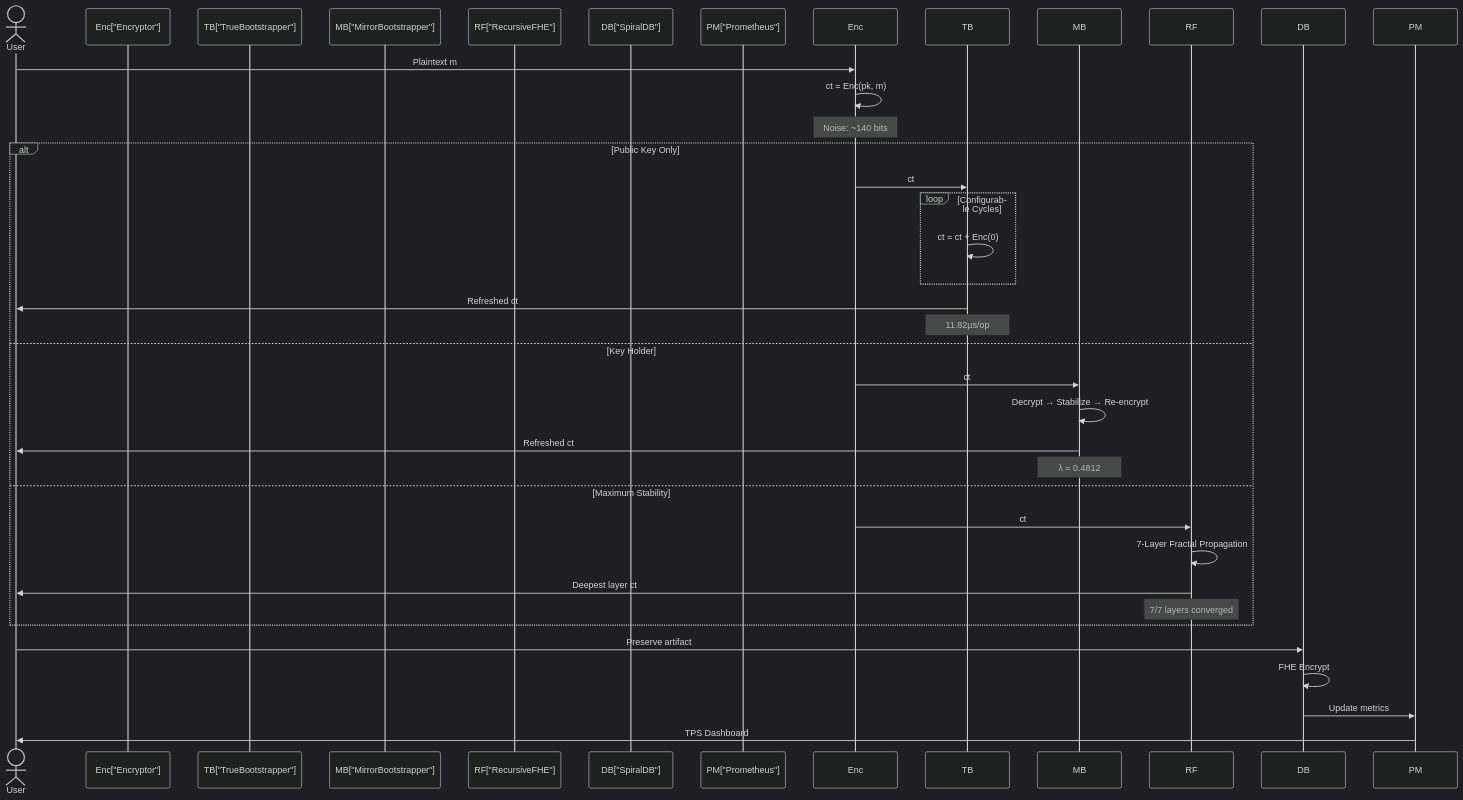
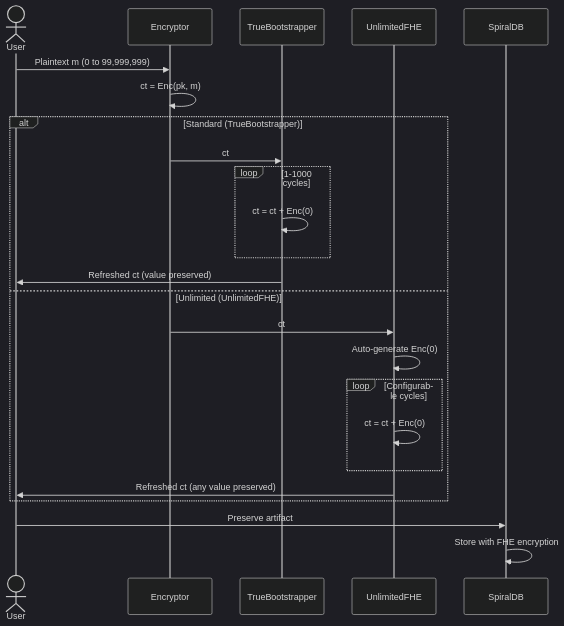
The second of 2 diagrams in README.md (primordialomegazero/SpiralSEAL), drawn with Mermaid before and after one commit. The commit also changed other lines of this file, not shown here.

First line of the commit message:
docs: V2 README — All limitations broken, simplified architecture

````diff
--- a/README.md
+++ b/README.md
@@ -87,39 +55,30 @@
 ```mermaid
 %%{init: {'theme':'dark', 'themeVariables': { 'primaryColor':'#ff69b4','primaryTextColor':'#000','primaryBorderColor':'#ff1493','lineColor':'#ff69b4','secondaryColor':'#1a1a2e','tertiaryColor':'#16213e'}}}%%
 sequenceDiagram
     actor User
-    participant Enc["Encryptor"]
-    participant TB["TrueBootstrapper"]
-    participant MB["MirrorBootstrapper"]
-    participant RF["RecursiveFHE"]
-    participant DB["SpiralDB"]
-    participant PM["Prometheus"]
+    participant Enc as Encryptor
+    participant TB as TrueBootstrapper
+    participant UF as UnlimitedFHE
+    participant DB as SpiralDB
     
-    User->>Enc: Plaintext m
+    User->>Enc: Plaintext m (0 to 99,999,999)
     Enc->>Enc: ct = Enc(pk, m)
-    Note over Enc: Noise: ~140 bits
     
-    alt Public Key Only
+    alt Standard (TrueBootstrapper)
         Enc->>TB: ct
-        loop Configurable Cycles
+        loop 1-1000 cycles
             TB->>TB: ct = ct + Enc(0)
         end
-        TB->>User: Refreshed ct
-        Note over TB: 11.82µs/op
-    else Key Holder
-        Enc->>MB: ct
-        MB->>MB: Decrypt → Stabilize → Re-encrypt
-        MB->>User: Refreshed ct
-        Note over MB: λ = 0.4812
-    else Maximum Stability
-        Enc->>RF: ct
-        RF->>RF: 7-Layer Fractal Propagation
-        RF->>User: Deepest layer ct
-        Note over RF: 7/7 layers converged
+        TB->>User: Refreshed ct (value preserved)
+    else Unlimited (UnlimitedFHE)
+        Enc->>UF: ct
+        UF->>UF: Auto-generate Enc(0)
+        loop Configurable cycles
+            UF->>UF: ct = ct + Enc(0)
+        end
+        UF->>User: Refreshed ct (any value preserved)
     end
     
     User->>DB: Preserve artifact
-    DB->>DB: FHE Encrypt
-    DB->>PM: Update metrics
-    PM->>User: TPS Dashboard
+    DB->>DB: Store with FHE encryption
 ```
````
